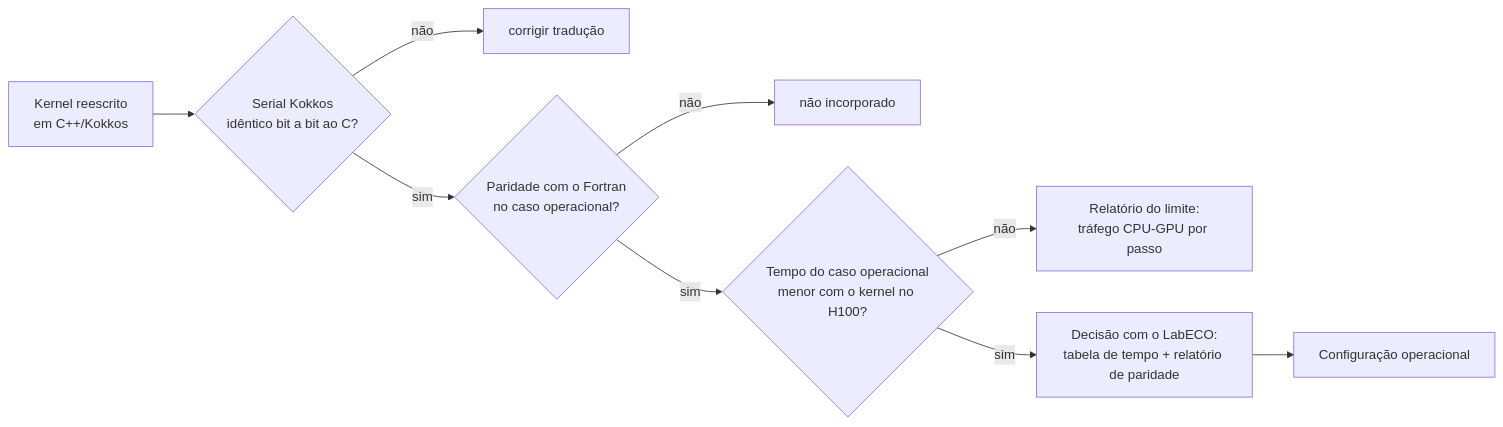
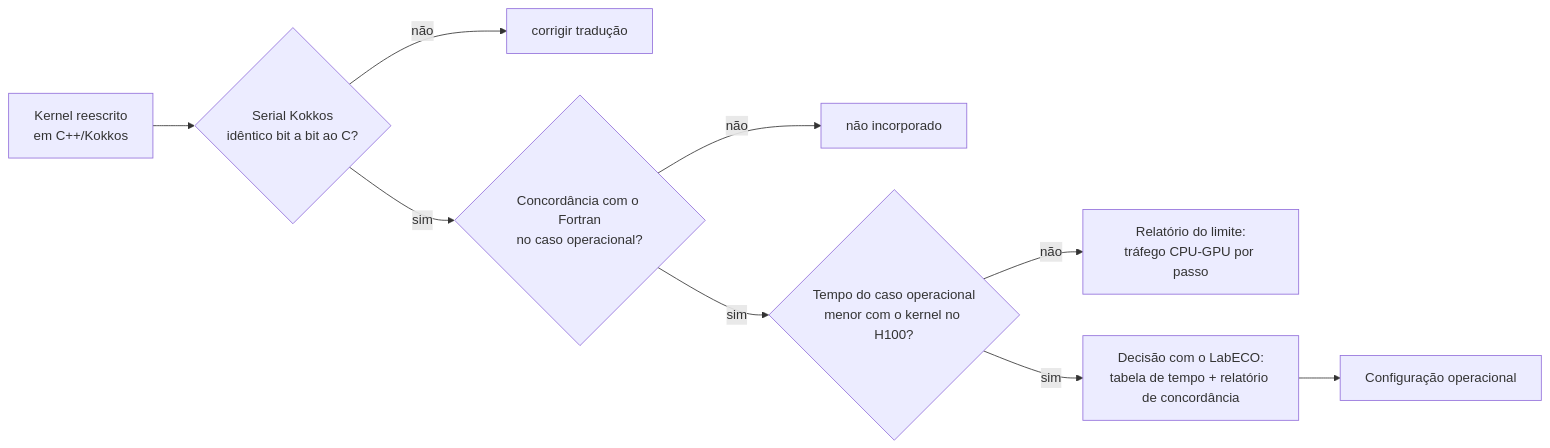
Before and after one commit to h0ffmann/ww3-gpu: the third of 8 diagrams in pubs/proposal/mapas-mentais.pt.md, drawn with Mermaid. The commit also changed other lines of this file and 17 other files, not shown here.

````diff
--- a/pubs/proposal/mapas-mentais.pt.md
+++ b/pubs/proposal/mapas-mentais.pt.md
@@ -80,11 +80,11 @@
 ```mermaid
 flowchart LR
     K[Kernel reescrito<br/>em C++/Kokkos] --> S1{Serial Kokkos<br/>idêntico bit a bit ao C?}
     S1 -- não --> F1[corrigir tradução]
-    S1 -- sim --> S2{Paridade com o Fortran<br/>no caso operacional?}
+    S1 -- sim --> S2{Concordância com o Fortran<br/>no caso operacional?}
     S2 -- não --> F2[não incorporado]
     S2 -- sim --> S3{Tempo do caso operacional<br/>menor com o kernel no H100?}
     S3 -- não --> F3[Relatório do limite:<br/>tráfego CPU-GPU por passo]
-    S3 -- sim --> D[Decisão com o LabECO:<br/>tabela de tempo + relatório de paridade]
+    S3 -- sim --> D[Decisão com o LabECO:<br/>tabela de tempo + relatório de concordância]
     D --> OP[Configuração operacional]
 ```
````
